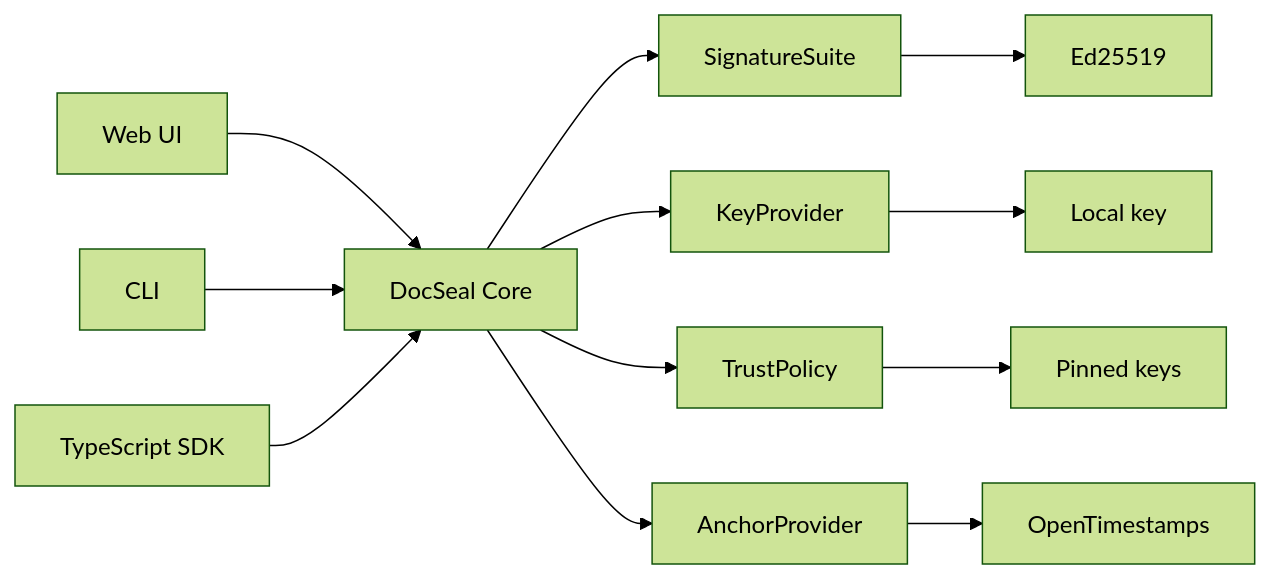
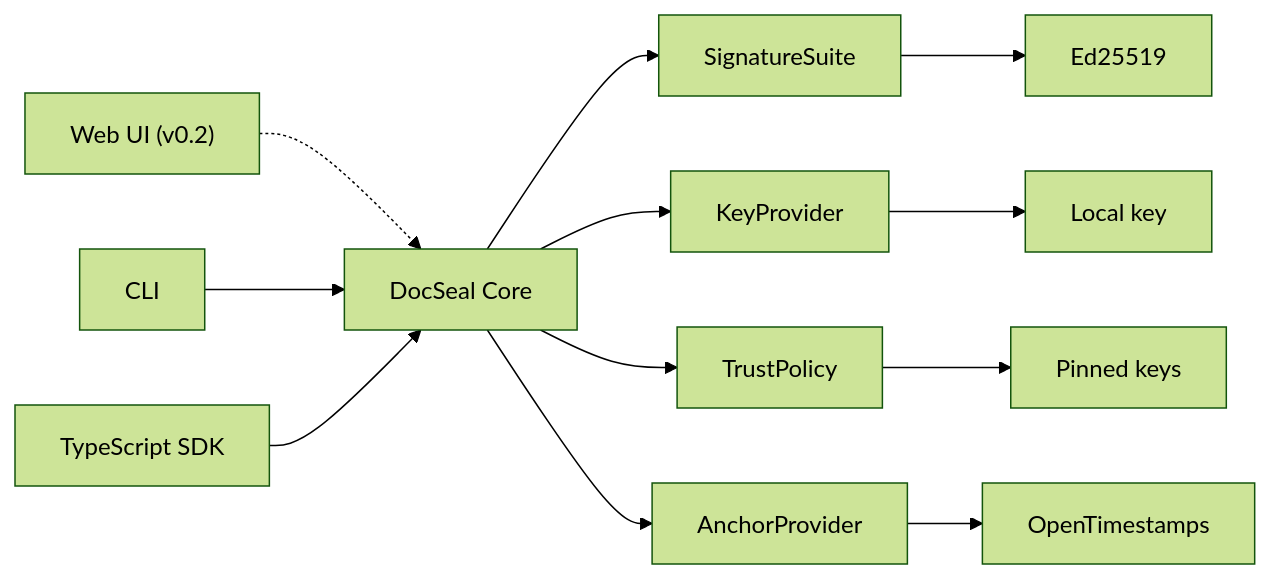
Before and after one commit to vlfors/docseal: the diagram in README.md, drawn with Mermaid (forest theme). The commit also changed other lines of this file, not shown here.

First line of the commit message:
Bring the README status in line with the roadmap

````diff
--- a/README.md
+++ b/README.md
@@ -86,14 +86,14 @@
 ```mermaid
 flowchart LR
-    WEB["Web UI"] --> CORE["DocSeal Core"]
+    WEB["Web UI (v0.2)"] -.-> CORE["DocSeal Core"]
     CLI["CLI"] --> CORE
     SDK["TypeScript SDK"] --> CORE
     CORE --> SIG["SignatureSuite"]
     CORE --> KEY["KeyProvider"]
     CORE --> TRUST["TrustPolicy"]
     CORE --> ANCHOR["AnchorProvider"]
     SIG --> ED["Ed25519"]
     KEY --> FILE["Local key"]
     TRUST --> PIN["Pinned keys"]
     ANCHOR --> OTS["OpenTimestamps"]
 ```
````
